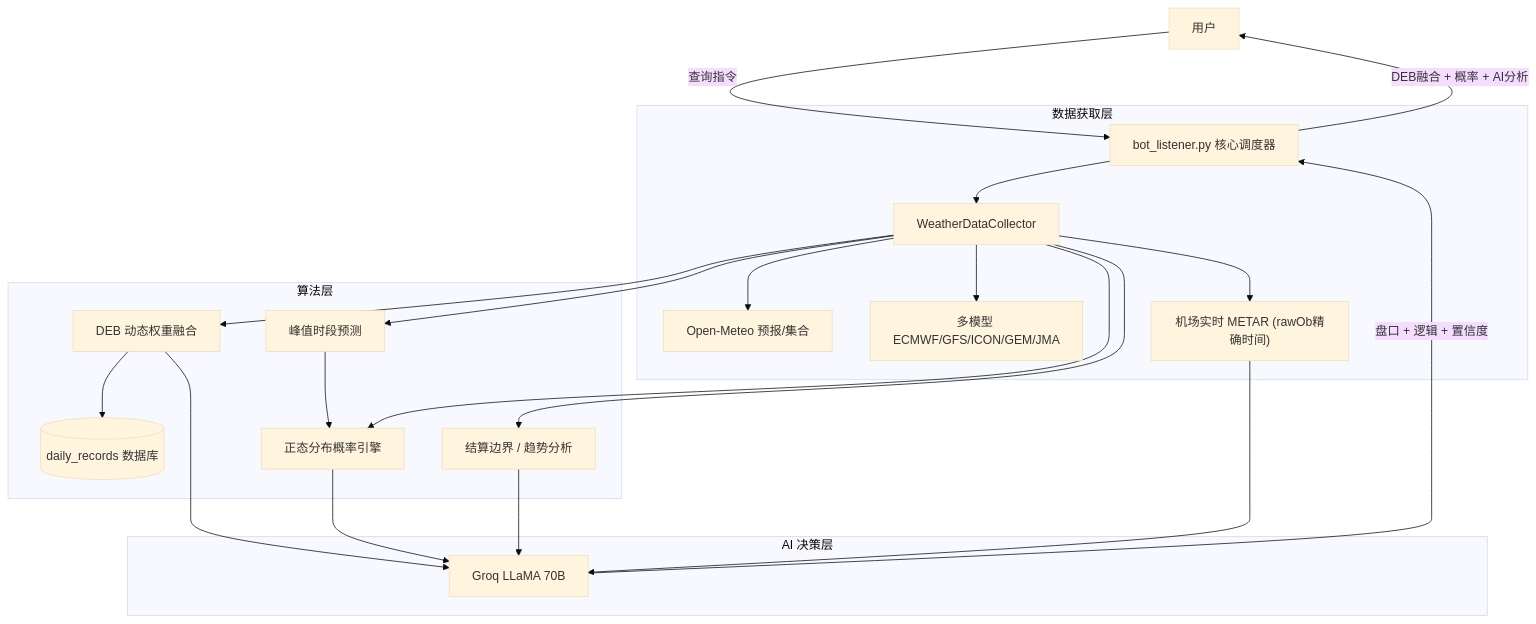
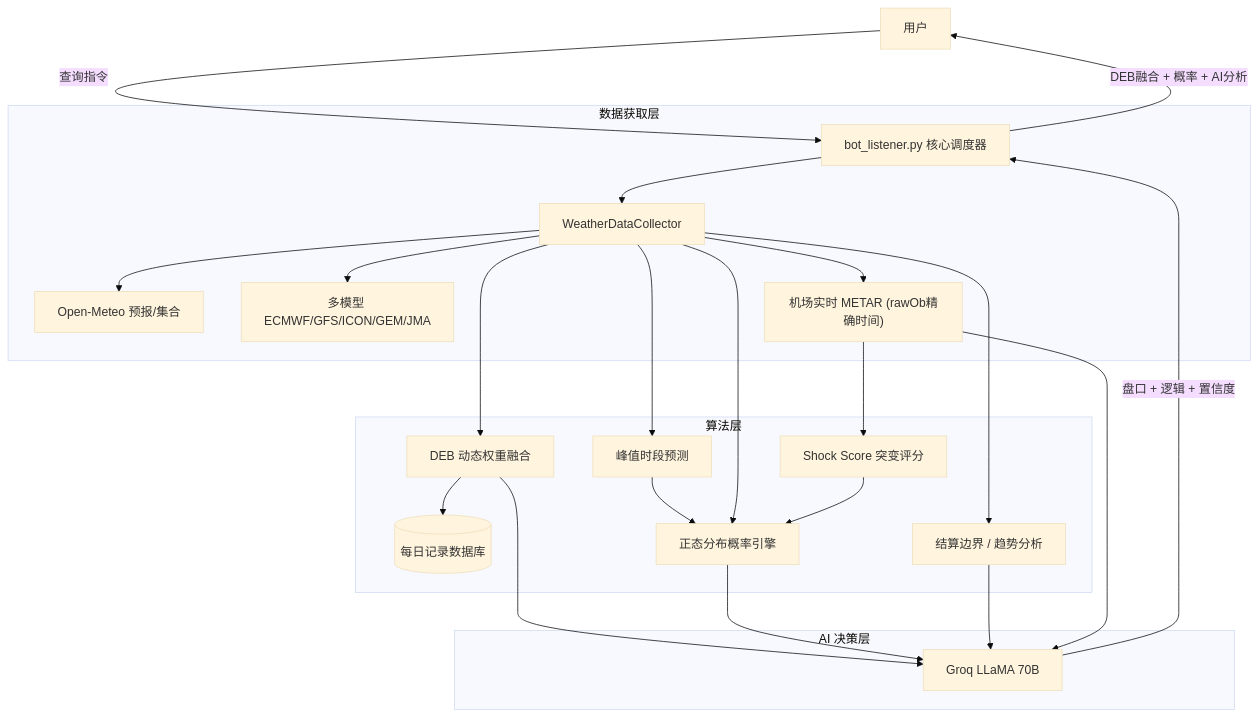
Before and after one commit to ivanmladek/PolyWeather: the diagram in README_ZH.md, drawn with Mermaid (base theme). The commit also changed other lines of this file and 1 other file, not shown here.

Commit message:
docs: add Shock Score, MAE sigma floor, DEB bias analysis to both READMEs

````diff
--- a/README_ZH.md
+++ b/README_ZH.md
@@ -109,30 +117,32 @@
 ```mermaid
 graph TD
     User[用户] -->|查询指令| Bot[bot_listener.py 核心调度器]
 
     subgraph 数据获取层
         Bot --> Collector[WeatherDataCollector]
         Collector --> OM[Open-Meteo 预报/集合]
         Collector --> MM[多模型 ECMWF/GFS/ICON/GEM/JMA]
         Collector --> METAR["机场实时 METAR (rawOb精确时间)"]
     end
 
     subgraph 算法层
         Collector --> Peak[峰值时段预测]
         Collector --> DEB[DEB 动态权重融合]
-        DEB --> DB[(daily_records 数据库)]
+        DEB --> DB[(每日记录数据库)]
         Peak --> Prob[正态分布概率引擎]
         Collector --> Prob
+        METAR --> Shock[Shock Score 突变评分]
+        Shock --> Prob
         Collector --> Logic[结算边界 / 趋势分析]
     end
 
     subgraph AI 决策层
         DEB --> AI[Groq LLaMA 70B]
         Prob --> AI
         Logic --> AI
         METAR --> AI
     end
 
     AI -->|盘口 + 逻辑 + 置信度| Bot
     Bot -->|DEB融合 + 概率 + AI分析| User
 ```
````
